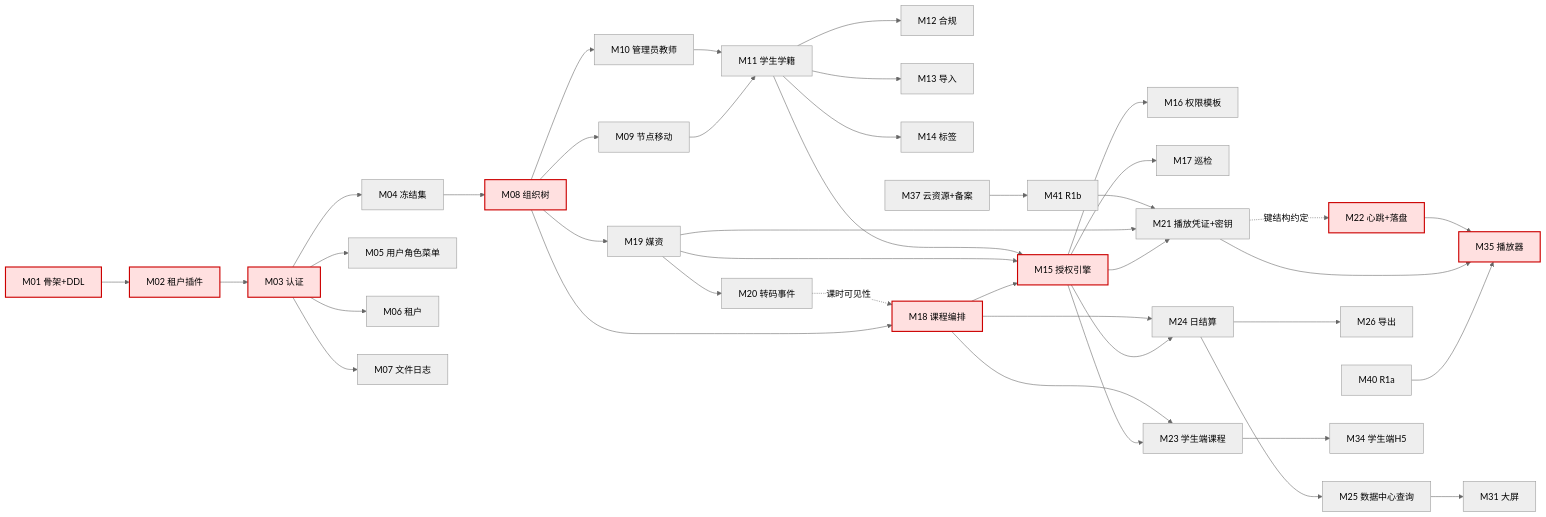
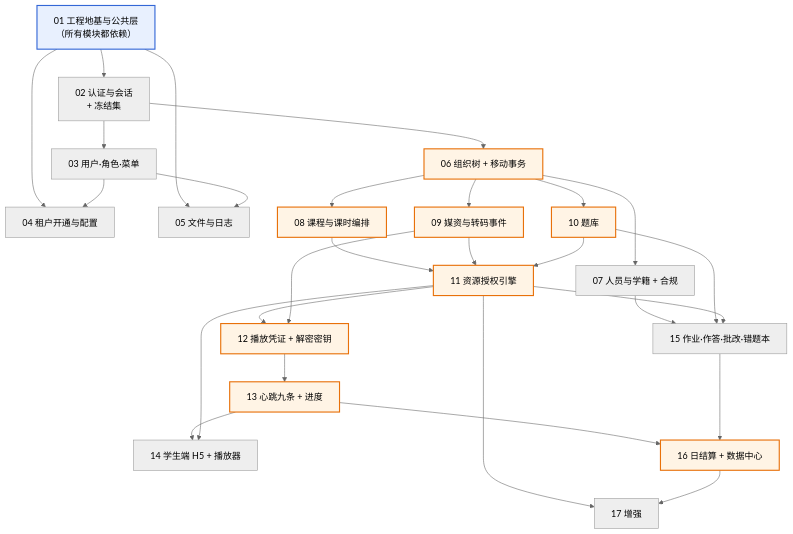
One commit to SaveW1nd/EduMatrix changed the diagram in docs/04-实施计划.md. Above: the diagram before and after it, drawn with Mermaid (neutral theme). The commit also changed other lines of this file, not shown here.

````diff
--- a/docs/04-实施计划.md
+++ b/docs/04-实施计划.md
@@ -192,45 +1269,35 @@
 ```mermaid
-graph LR
-  M01[M01 骨架+DDL] --> M02[M02 租户插件]
-  M02 --> M03[M03 认证]
-  M03 --> M04[M04 冻结集]
-  M03 --> M05[M05 用户角色菜单]
-  M03 --> M06[M06 租户]
-  M03 --> M07[M07 文件日志]
-  M04 --> M08[M08 组织树]
-  M08 --> M09[M09 节点移动]
-  M08 --> M10[M10 管理员教师]
-  M09 --> M11[M11 学生学籍]
+graph TD
+  M01["01 工程地基与公共层<br/>（所有模块都依赖）"]:::base
+
+  M01 --> M02["02 认证与会话<br/>+ 冻结集"]
+  M02 --> M03["03 用户·角色·菜单"]
+  M01 --> M04["04 租户开通与配置"]
+  M03 --> M04
+  M01 --> M05["05 文件与日志"]
+  M03 --> M05
+  M02 --> M06["06 组织树 + 移动事务"]
+  M06 --> M07["07 人员与学籍 + 合规"]
+  M06 --> M08["08 课程与课时编排"]
+  M06 --> M09["09 媒资与转码事件"]
+  M06 --> M10["10 题库"]
+  M08 --> M11["11 资源授权引擎"]
+  M09 --> M11
   M10 --> M11
-  M11 --> M12[M12 合规]
-  M11 --> M13[M13 导入]
-  M11 --> M14[M14 标签]
-  M08 --> M18[M18 课程编排]
-  M08 --> M19[M19 媒资]
-  M19 --> M20[M20 转码事件]
-  M20 -.课时可见性.-> M18
-  M18 --> M15[M15 授权引擎]
-  M19 --> M15
+  M11 --> M12["12 播放凭证 + 解密密钥"]
+  M09 --> M12
+  M12 --> M13["13 心跳九条 + 进度"]
+  M13 --> M14["14 学生端 H5 + 播放器"]
+  M11 --> M14
+  M07 --> M15["15 作业·作答·批改·错题本"]
+  M10 --> M15
   M11 --> M15
-  M15 --> M16[M16 权限模板]
-  M15 --> M17[M17 巡检]
-  M15 --> M21[M21 播放凭证+密钥]
-  M19 --> M21
-  M21 -.键结构约定.-> M22[M22 心跳+落盘]
-  M15 --> M23[M23 学生端课程]
-  M18 --> M23
-  M15 --> M24[M24 日结算]
-  M18 --> M24
-  M24 --> M25[M25 数据中心查询]
-  M24 --> M26[M26 导出]
-  M40[M40 R1a] --> M35[M35 播放器]
-  M21 --> M35
-  M22 --> M35
-  M37[M37 云资源+备案] --> M41[M41 R1b]
-  M41 --> M21
-  M23 --> M34[M34 学生端H5]
-  M25 --> M31[M31 大屏]
+  M13 --> M16["16 日结算 + 数据中心"]
+  M15 --> M16
+  M11 --> M17["17 增强"]
+  M16 --> M17
 
-  classDef crit fill:#ffe0e0,stroke:#c00,stroke-width:2px;
-  class M01,M02,M03,M08,M18,M15,M22,M35 crit;
+  classDef base fill:#e8f0fe,stroke:#3367d6,stroke-width:2px;
+  classDef strict fill:#fff4e5,stroke:#e8710a,stroke-width:2px;
+  class M06,M08,M09,M10,M11,M12,M13,M16 strict;
 ```
````
